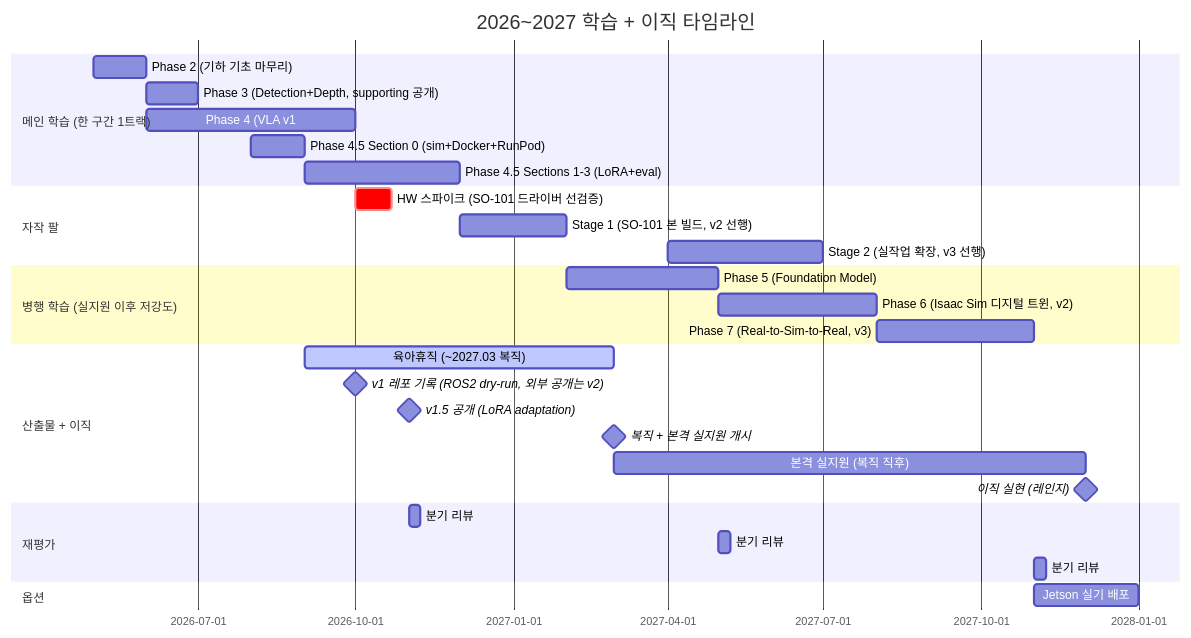
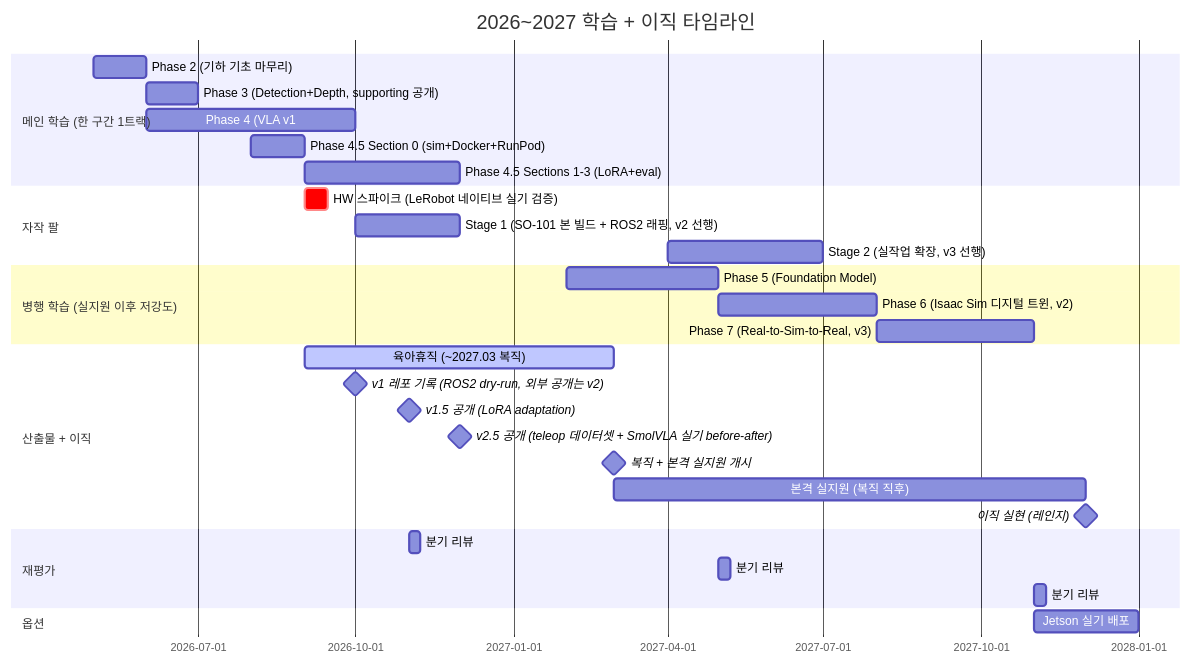
One commit to tylee-yeonge/physical-ai-study changed the diagram in README.md. Above: the diagram before and after it, drawn with Mermaid. The commit also changed other lines of this file and 9 other files, not shown here.

````diff
--- a/README.md
+++ b/README.md
@@ -64,32 +64,33 @@
 ```mermaid
 gantt
     title 2026~2027 학습 + 이직 타임라인
     dateFormat YYYY-MM
     section 메인 학습 (한 구간 1트랙)
     Phase 2 (기하 기초 마무리) :a1, 2026-05, 1M
     Phase 3 (Detection+Depth, supporting 공개) :a2, 2026-06, 1M
     Phase 4 (VLA v1: zero-shot 추론 + ROS2) :a3, 2026-06, 4M
     Phase 4.5 Section 0 (sim+Docker+RunPod) :a35a, 2026-08, 1M
     Phase 4.5 Sections 1-3 (LoRA+eval) :a35b, 2026-09, 3M
     section 자작 팔
-    HW 스파이크 (SO-101 드라이버 선검증) :crit, h0, 2026-10, 3w
-    Stage 1 (SO-101 본 빌드, v2 선행) :h1, 2026-12, 2M
+    HW 스파이크 (LeRobot 네이티브 실기 검증) :crit, h0, 2026-09, 2w
+    Stage 1 (SO-101 본 빌드 + ROS2 래핑, v2 선행) :h1, 2026-10, 2M
     Stage 2 (실작업 확장, v3 선행) :h2, 2027-04, 3M
     section 병행 학습 (실지원 이후 저강도)
     Phase 5 (Foundation Model) :a4, 2027-02, 3M
     Phase 6 (Isaac Sim 디지털 트윈, v2) :a5, 2027-05, 3M
     Phase 7 (Real-to-Sim-to-Real, v3) :a6, 2027-08, 3M
     section 산출물 + 이직
     육아휴직 (~2027.03 복직) :active, leave, 2026-09, 6M
     v1 레포 기록 (ROS2 dry-run, 외부 공개는 v2) :milestone, d1, 2026-10, 0d
     v1.5 공개 (LoRA adaptation) :milestone, d15, 2026-11, 0d
+    v2.5 공개 (teleop 데이터셋 + SmolVLA 실기 before-after) :milestone, d25, 2026-12, 0d
     복직 + 본격 실지원 개시 :milestone, d3, 2027-03, 0d
     본격 실지원 (복직 직후) :b2, 2027-03, 9M
     이직 실현 (레인지) :milestone, d2, 2027-12, 0d
     section 재평가
     분기 리뷰 :rev1, 2026-11, 1w
     분기 리뷰 :rev2, 2027-05, 1w
     분기 리뷰 :rev3, 2027-11, 1w
     section 옵션
     Jetson 실기 배포 :opt, 2027-11, 2M
 ```
````
